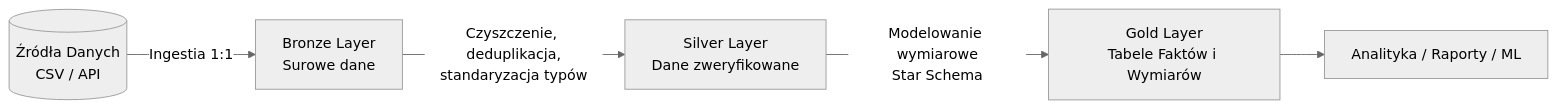
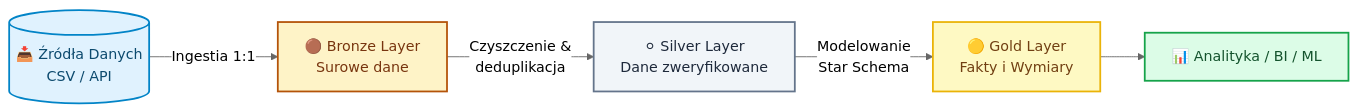
Before and after one commit to LukaszHolowacz/sql-data-warehouse-learn: the diagram in README.md, drawn with Mermaid (neutral theme). The commit also changed other lines of this file, not shown here.

````diff
--- a/README.md
+++ b/README.md
@@ -20,7 +22,13 @@
 ```mermaid
 flowchart LR
-    A[(Źródła Danych<br/>CSV / API)] -->|Ingestia 1:1| B[Bronze Layer<br/>Surowe dane]
-    B -->|Czyszczenie, deduplikacja,<br/>standaryzacja typów| C[Silver Layer<br/>Dane zweryfikowane]
-    C -->|Modelowanie wymiarowe<br/>Star Schema| D[Gold Layer<br/>Tabele Faktów i Wymiarów]
-    D --> E[Analityka / Raporty / ML]
+    A[(📥 Źródła Danych<br/>CSV / API)] -->|Ingestia 1:1| B[🟤 Bronze Layer<br/>Surowe dane]
+    B -->|Czyszczenie &<br/>deduplikacja| C[⚪ Silver Layer<br/>Dane zweryfikowane]
+    C -->|Modelowanie<br/>Star Schema| D[🟡 Gold Layer<br/>Fakty i Wymiary]
+    D --> E[📊 Analityka / BI / ML]
+
+    style A fill:#e0f2fe,stroke:#0284c7,stroke-width:2px,color:#0c4a6e
+    style B fill:#fef3c7,stroke:#b45309,stroke-width:2px,color:#78350f
+    style C fill:#f1f5f9,stroke:#64748b,stroke-width:2px,color:#1e293b
+    style D fill:#fef9c3,stroke:#eab308,stroke-width:2px,color:#713f12
+    style E fill:#dcfce7,stroke:#16a34a,stroke-width:2px,color:#14532d
 ```
````
